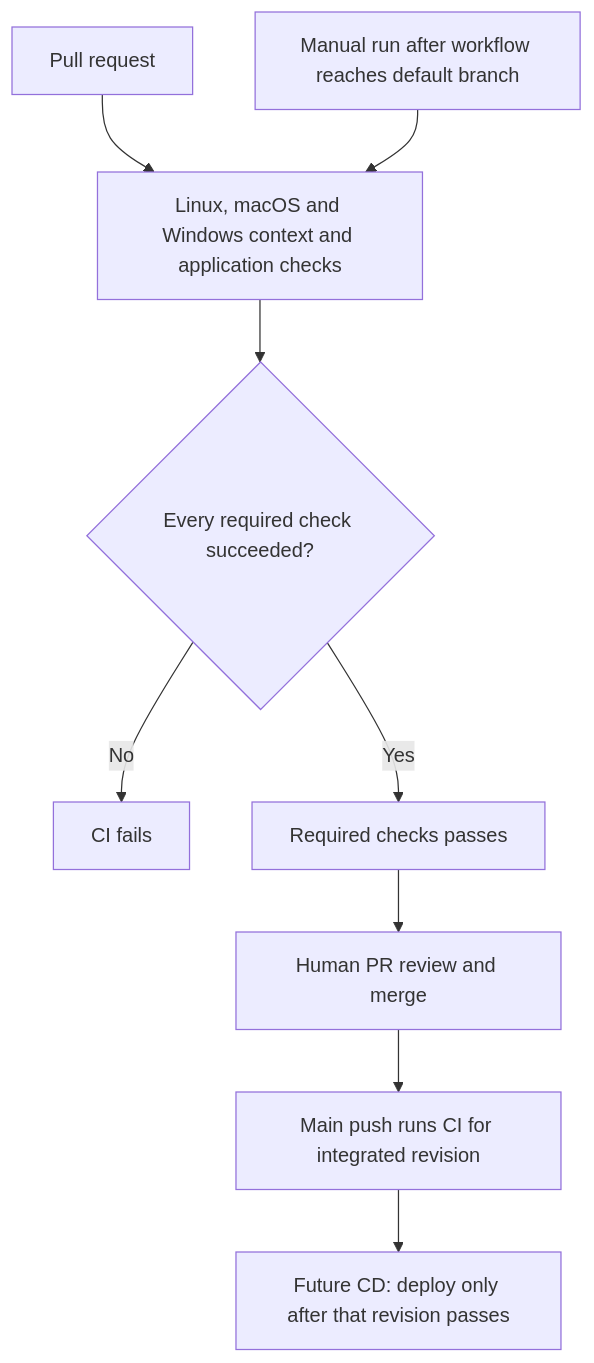
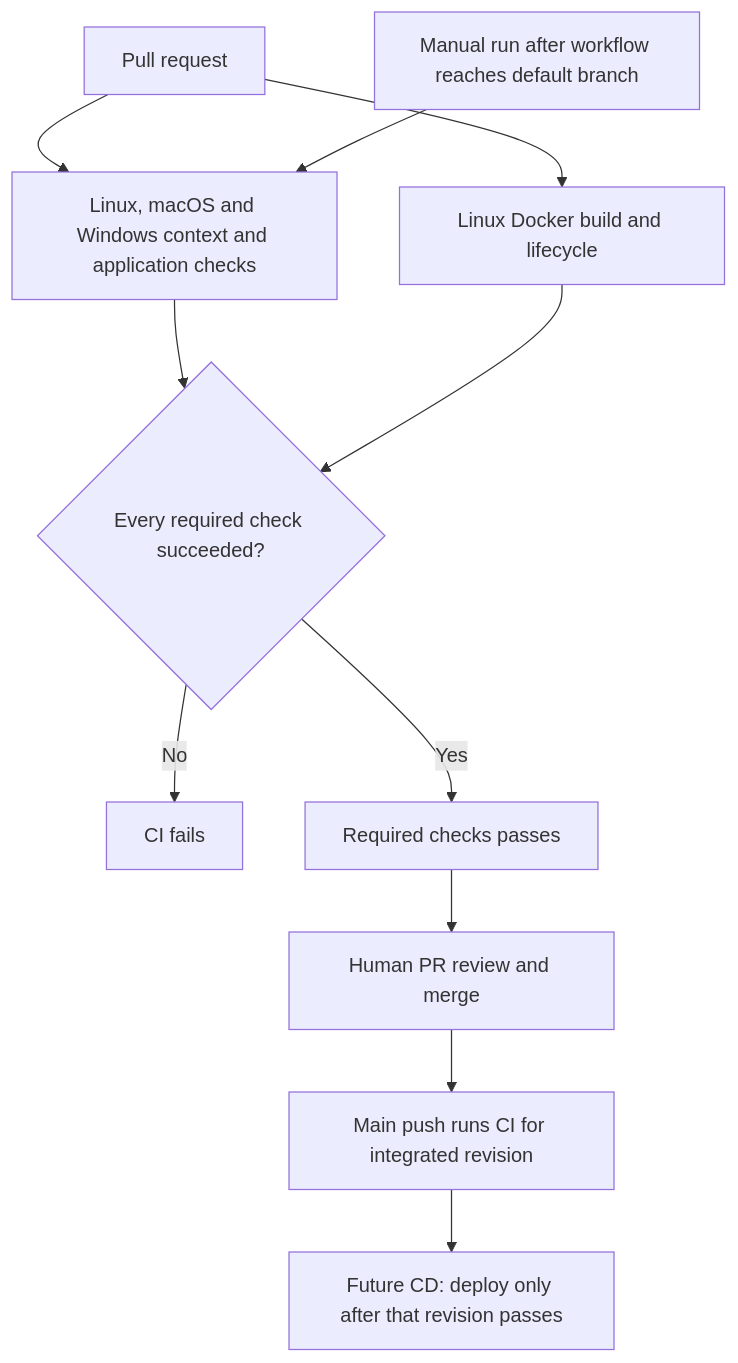
One commit to matthew-ngzc/fruit-box changed the diagram in docs/ci-cd.md. Above: the diagram before and after it, drawn with Mermaid. The commit also changed other lines of this file and 11 other files, not shown here.

````diff
--- a/docs/ci-cd.md
+++ b/docs/ci-cd.md
@@ -16,11 +17,13 @@
 ```mermaid
 flowchart TD
     PR[Pull request] --> Matrix[Linux, macOS and Windows context and application checks]
     Manual[Manual run after workflow reaches default branch] --> Matrix
+    PR --> Container[Linux Docker build and lifecycle]
     Matrix --> Gate{Every required check succeeded?}
+    Container --> Gate
     Gate -->|No| Stop[CI fails]
     Gate -->|Yes| Green[Required checks passes]
     Green --> Review[Human PR review and merge]
     Review --> Main[Main push runs CI for integrated revision]
     Main --> Future[Future CD: deploy only after that revision passes]
 ```
````
